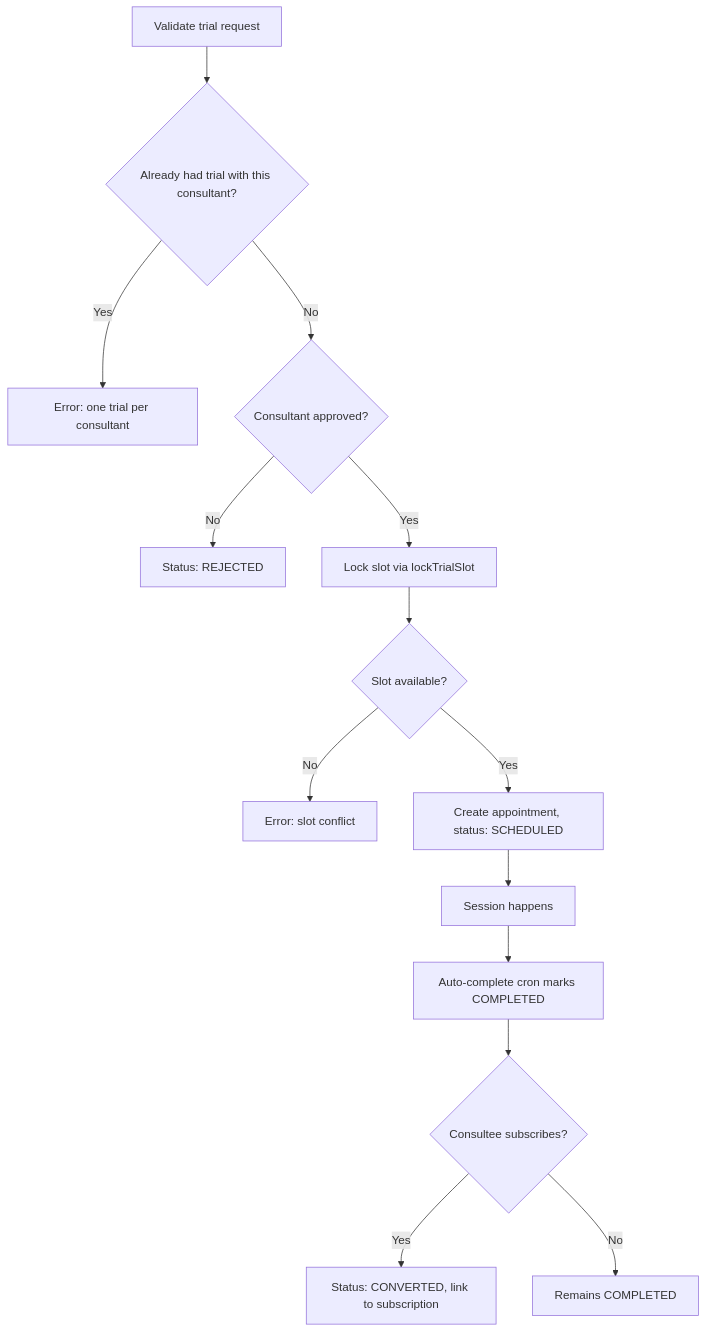
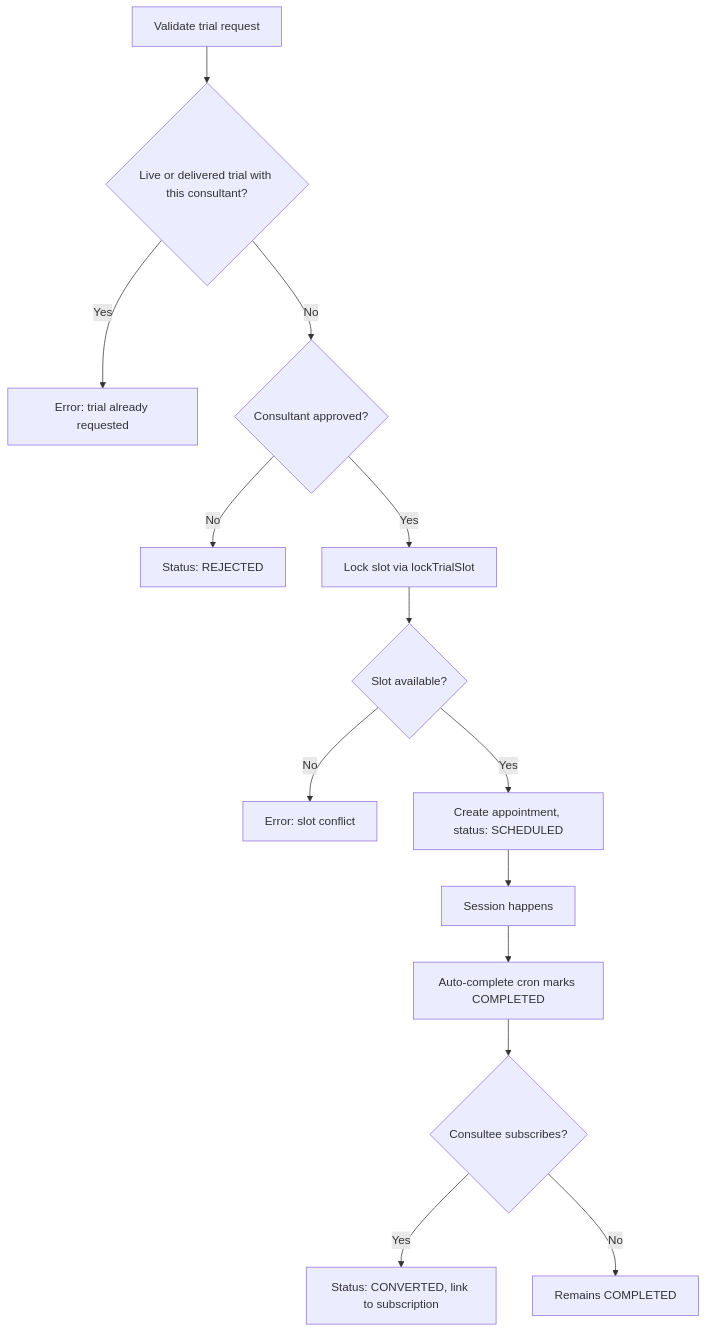
Before and after one commit to Practitionist/familiarise_web: the fourth of 5 diagrams in docs/booking/02-event-types-and-validation.md, drawn with Mermaid. The commit also changed other lines of this file and 16 other files, not shown here.

First line of the commit message:
fix(trials): a repeat trial request keeps the earlier trial's record

````diff
--- a/docs/booking/02-event-types-and-validation.md
+++ b/docs/booking/02-event-types-and-validation.md
@@ -224,16 +224,16 @@
 ```mermaid
 flowchart TD
-    A[Validate trial request] --> B{Already had trial with this consultant?}
-    B -->|Yes| X1[Error: one trial per consultant]
+    A[Validate trial request] --> B{Live or delivered trial with this consultant?}
+    B -->|Yes| X1[Error: trial already requested]
     B -->|No| C{Consultant approved?}
     C -->|No| X2[Status: REJECTED]
     C -->|Yes| D[Lock slot via lockTrialSlot]
     D --> E{Slot available?}
     E -->|No| X3[Error: slot conflict]
     E -->|Yes| F[Create appointment, status: SCHEDULED]
     F --> G[Session happens]
     G --> H[Auto-complete cron marks COMPLETED]
     H --> I{Consultee subscribes?}
     I -->|Yes| J[Status: CONVERTED, link to subscription]
     I -->|No| K[Remains COMPLETED]
 ```
````
